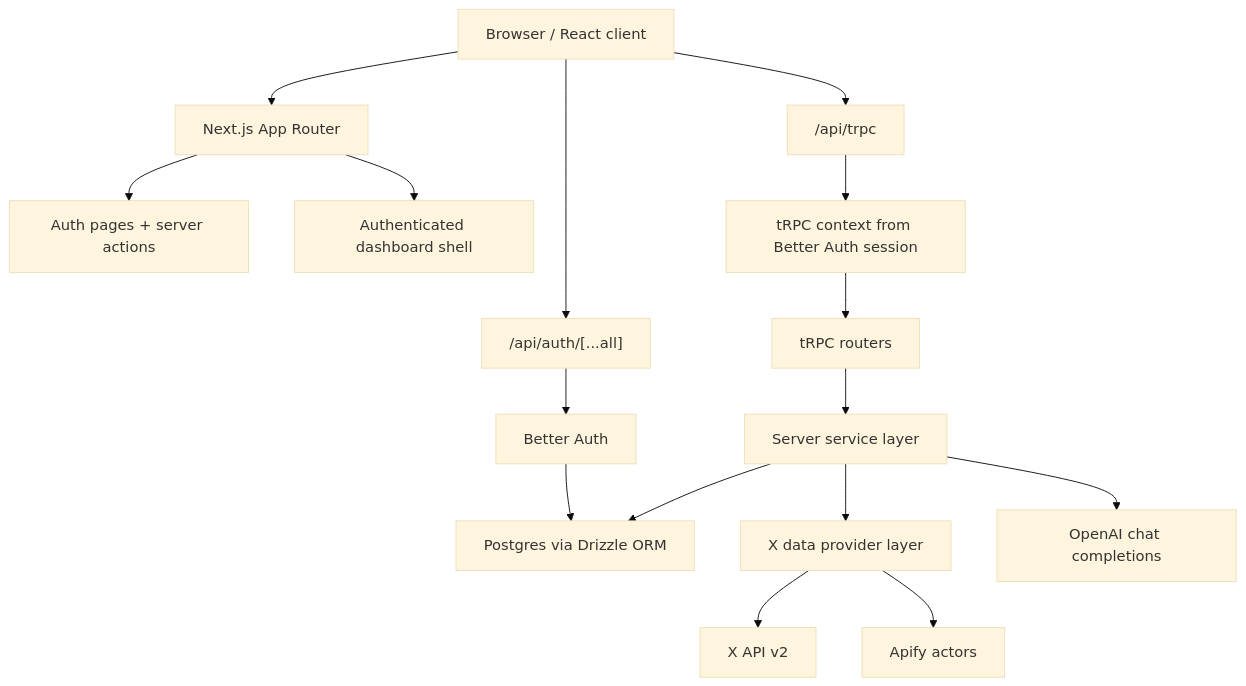
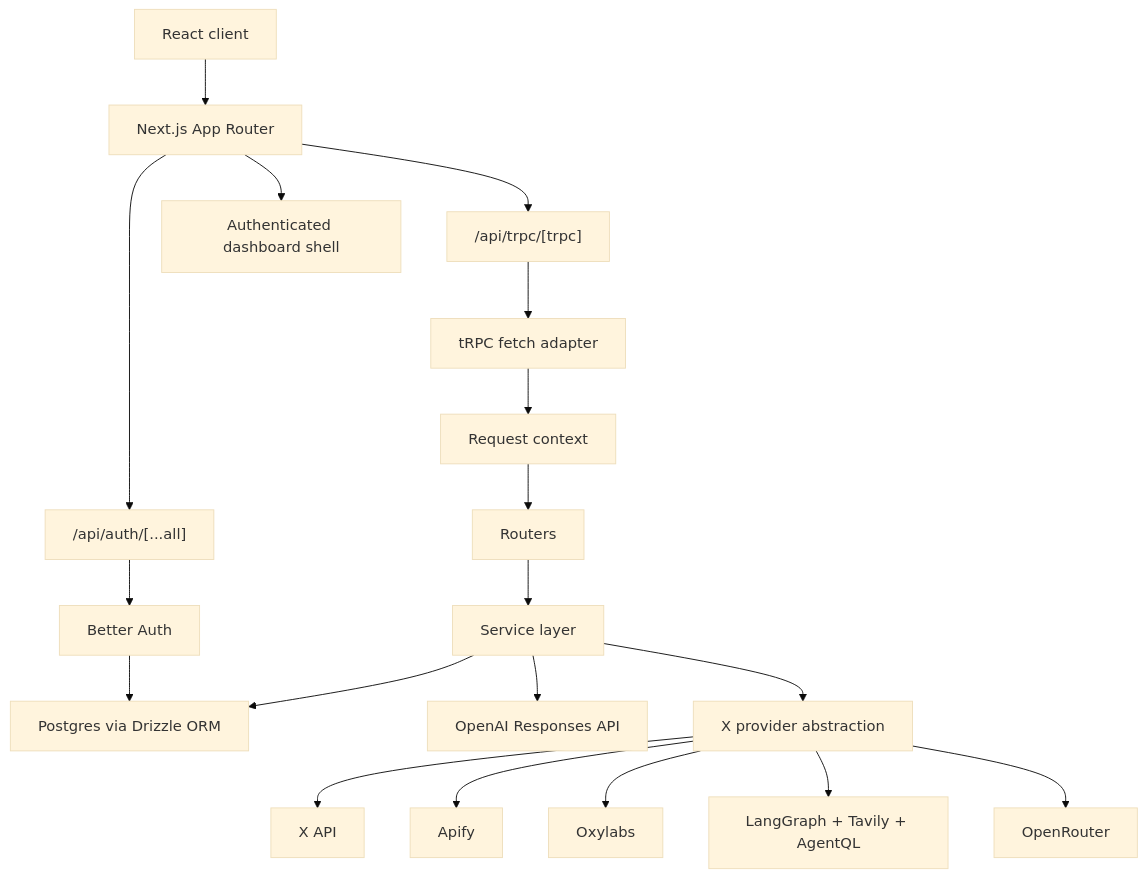
The diagram in CURRENT_ARCHITECTURE.md (LeventySeven/skaledotai), drawn with Mermaid (base theme) before and after one commit. The commit also changed other lines of this file and 1 other file, not shown here.

Commit message:
architecture md

````diff
--- a/CURRENT_ARCHITECTURE.md
+++ b/CURRENT_ARCHITECTURE.md
@@ -20,18 +20,24 @@
 ```mermaid
 flowchart TD
-  Browser["Browser / React client"] --> AppRouter["Next.js App Router"]
-  AppRouter --> AuthPages["Auth pages + server actions"]
-  AppRouter --> MainShell["Authenticated dashboard shell"]
-  Browser --> TRPC["/api/trpc"]
-  TRPC --> Context["tRPC context from Better Auth session"]
-  Context --> Routers["tRPC routers"]
-  Routers --> Services["Server service layer"]
-  Services --> DB["Postgres via Drizzle ORM"]
-  Services --> XProvider["X data provider layer"]
-  XProvider --> XAPI["X API v2"]
-  XProvider --> Apify["Apify actors"]
-  Services --> OpenAI["OpenAI chat completions"]
-  Browser --> BetterAuthRoute["/api/auth/[...all]"]
-  BetterAuthRoute --> BetterAuth["Better Auth"]
-  BetterAuth --> DB
+  Browser["React client"] --> NextApp["Next.js App Router"]
+  NextApp --> AuthRoute["/api/auth/[...all]"]
+  NextApp --> TRPCRoute["/api/trpc/[trpc]"]
+  NextApp --> MainLayout["Authenticated dashboard shell"]
+
+  AuthRoute --> BetterAuth["Better Auth"]
+  BetterAuth --> DB["Postgres via Drizzle ORM"]
+
+  TRPCRoute --> TRPC["tRPC fetch adapter"]
+  TRPC --> Context["Request context"]
+  Context --> Routers["Routers"]
+  Routers --> Services["Service layer"]
+  Services --> DB
+  Services --> OpenAI["OpenAI Responses API"]
+  Services --> XProviders["X provider abstraction"]
+
+  XProviders --> XAPI["X API"]
+  XProviders --> Apify["Apify"]
+  XProviders --> Oxylabs["Oxylabs"]
+  XProviders --> MultiAgent["LangGraph + Tavily + AgentQL"]
+  XProviders --> OpenRouter["OpenRouter"]
 ```
````
